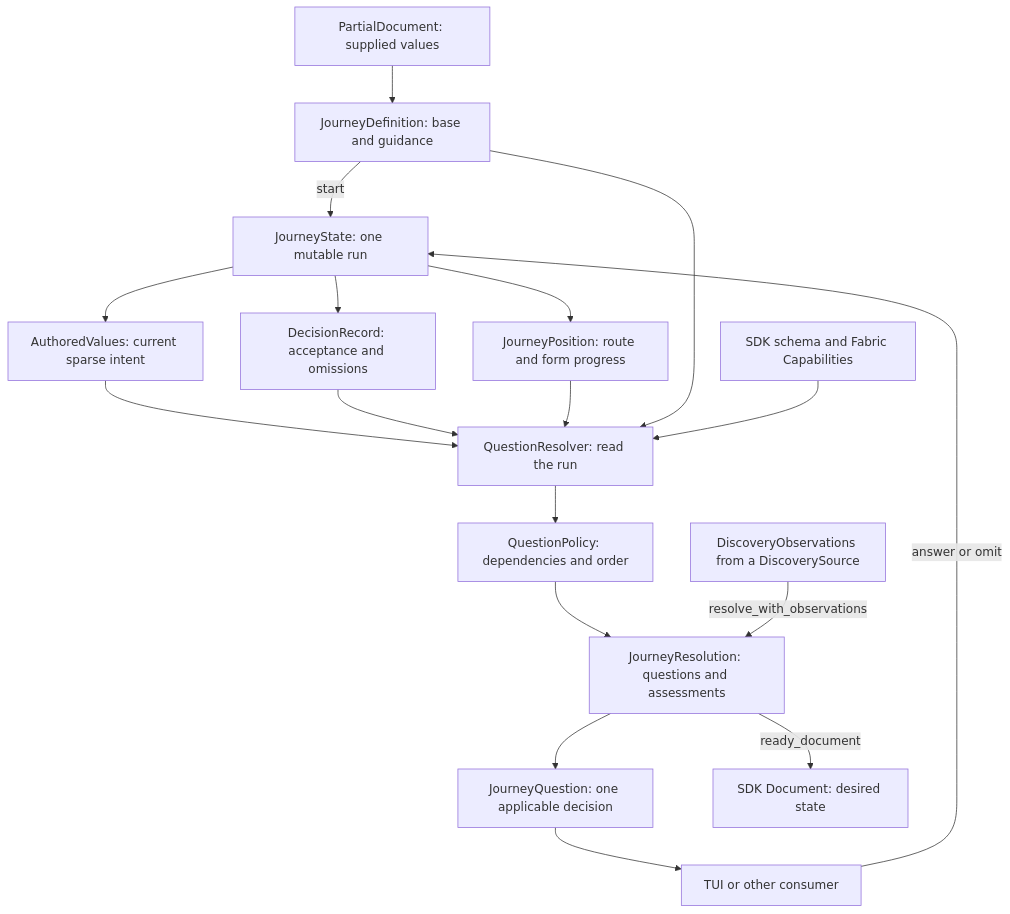
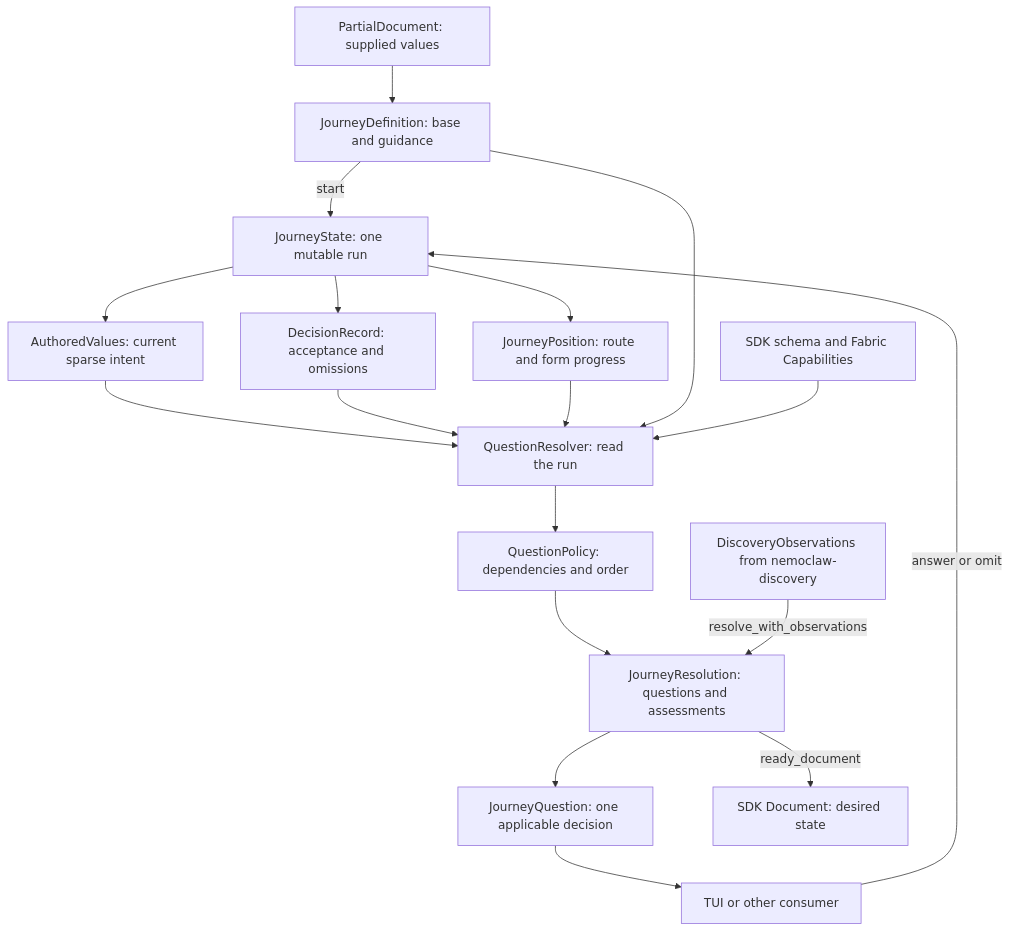
One commit to NVIDIA/NemoClaw changed the diagram in docs/design/authoring-domain.md. Above: the diagram before and after it, drawn with Mermaid. The commit also changed other lines of this file and 65 other files, not shown here.

````diff
--- a/docs/design/authoring-domain.md
+++ b/docs/design/authoring-domain.md
@@ -14,20 +14,20 @@
 ```mermaid
 flowchart TD
     Base[PartialDocument: supplied values] --> Definition[JourneyDefinition: base and guidance]
     Definition -->|start| State[JourneyState: one mutable run]
     State --> Values[AuthoredValues: current sparse intent]
     State --> Decisions[DecisionRecord: acceptance and omissions]
     State --> Position[JourneyPosition: route and form progress]
     Values --> Resolver[QuestionResolver: read the run]
     Decisions --> Resolver
     Position --> Resolver
     Definition --> Resolver
     Rules[SDK schema and Fabric Capabilities] --> Resolver
     Resolver --> Policy[QuestionPolicy: dependencies and order]
     Policy --> Result[JourneyResolution: questions and assessments]
-    Observations[DiscoveryObservations from a DiscoverySource] -->|resolve_with_observations| Result
+    Observations[DiscoveryObservations from nemoclaw-discovery] -->|resolve_with_observations| Result
     Result --> Question[JourneyQuestion: one applicable decision]
     Question --> UI[TUI or other consumer]
     UI -->|answer or omit| State
     Result -->|ready_document| Document[SDK Document: desired state]
 ```
````
